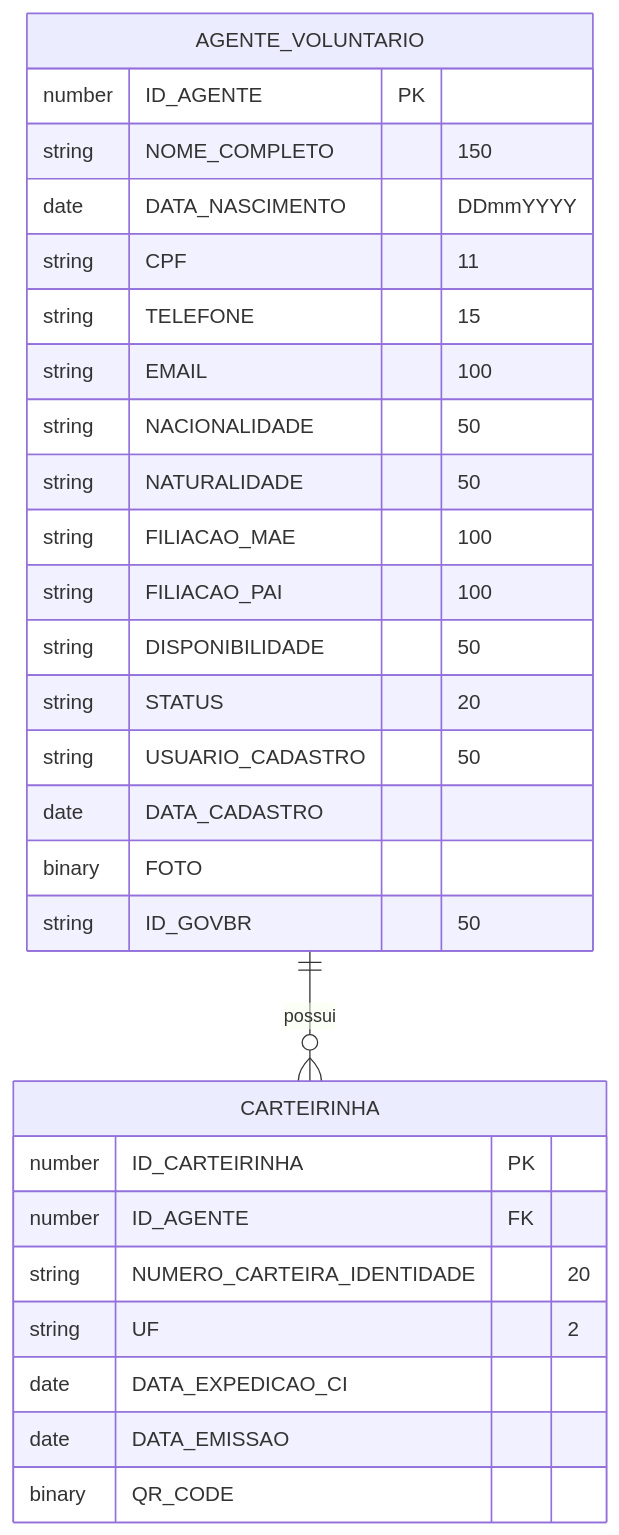
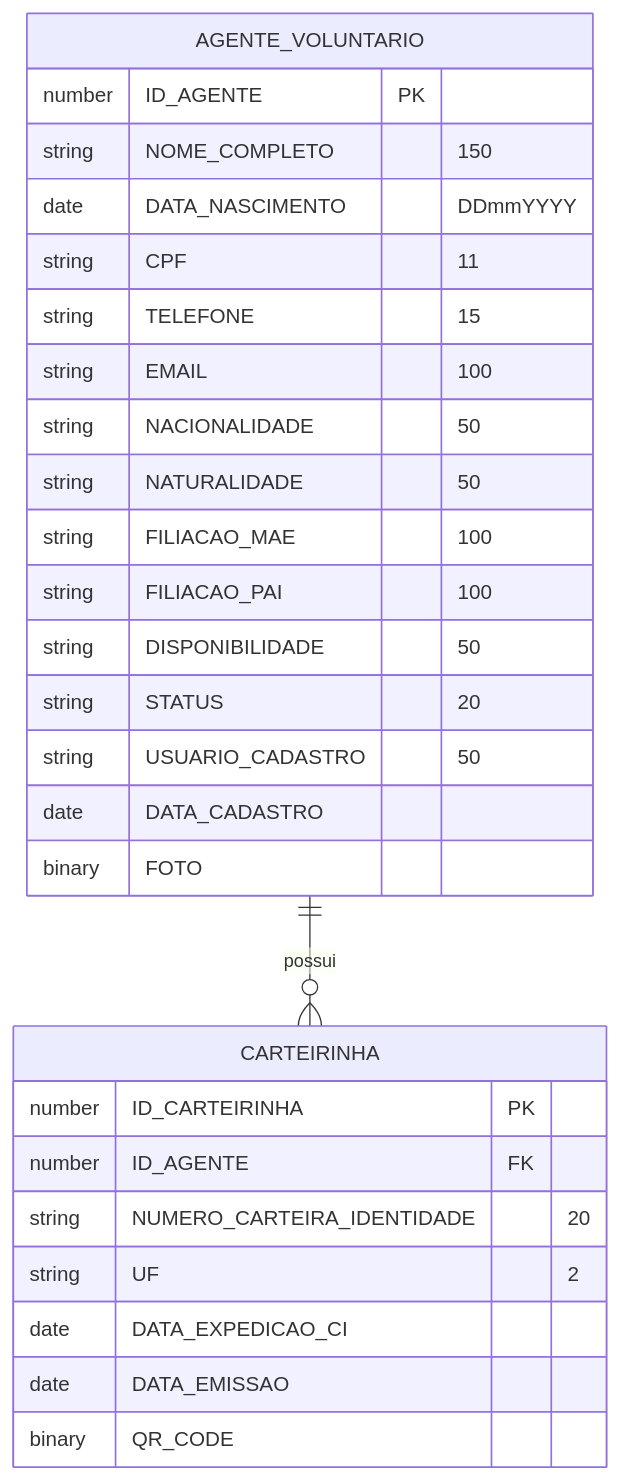
One commit to hugoCostaTJMG/gestao-agentes-voluntarios changed the diagram in backend/diagram.mmd. Above: the diagram before and after it, drawn with Mermaid. The commit also changed 33 other files, not shown here.

```diff
--- a/backend/diagram.mmd
+++ b/backend/diagram.mmd
@@ -1,32 +1,32 @@
 erDiagram
 
     AGENTE_VOLUNTARIO ||--o{ CARTEIRINHA : possui
 
     AGENTE_VOLUNTARIO {
         number ID_AGENTE PK
         string NOME_COMPLETO "150"
         date DATA_NASCIMENTO "DDmmYYYY"
         string CPF "11"
         string TELEFONE "15"
         string EMAIL "100"
         string NACIONALIDADE "50"
         string NATURALIDADE "50"
         string FILIACAO_MAE "100"
         string FILIACAO_PAI "100"
         string DISPONIBILIDADE "50"
         string STATUS "20"
         string USUARIO_CADASTRO "50"
         date DATA_CADASTRO
         binary FOTO
-        string ID_GOVBR "50"
+        
     }
 
     CARTEIRINHA {
         number ID_CARTEIRINHA PK
         number ID_AGENTE FK
         string NUMERO_CARTEIRA_IDENTIDADE "20"
         string UF "2"
         date DATA_EXPEDICAO_CI
         date DATA_EMISSAO
         binary QR_CODE
     }
```
